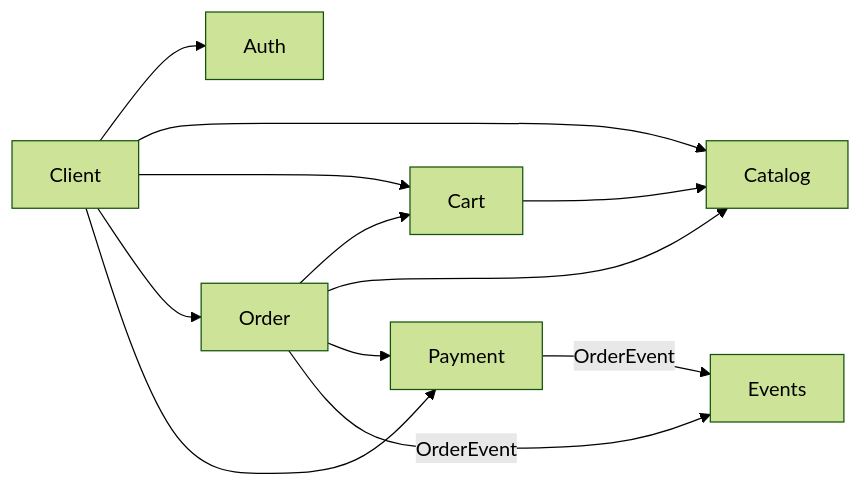
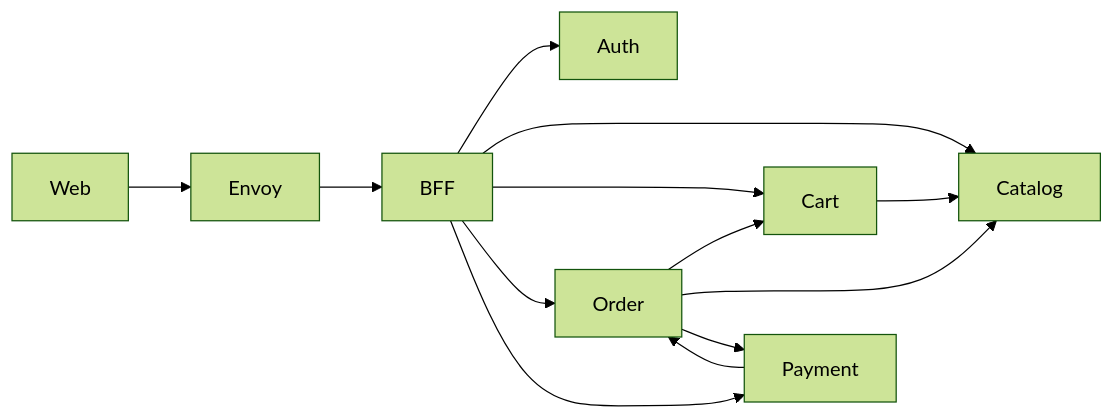
Before and after one commit to repeter513/Nocturne-Shop: the diagram in shop-proto/README.md, drawn with Mermaid (forest theme). The commit also changed other lines of this file and 171 other files, not shown here.

````diff
--- a/shop-proto/README.md
+++ b/shop-proto/README.md
@@ -108,17 +115,17 @@
 ```mermaid
 flowchart LR
-    Client --> Auth
-    Client --> Catalog
-    Client --> Cart
-    Client --> Order
-    Client --> Payment
+    Web --> Envoy
+    Envoy --> BFF
+    BFF --> Auth
+    BFF --> Catalog
+    BFF --> Cart
+    BFF --> Order
+    BFF --> Payment
 
     Order --> Cart
     Order --> Catalog
     Order --> Payment
+    Payment --> Order
 
     Cart --> Catalog
-
-    Payment -->|OrderEvent| Events
-    Order -->|OrderEvent| Events
 ```
````
